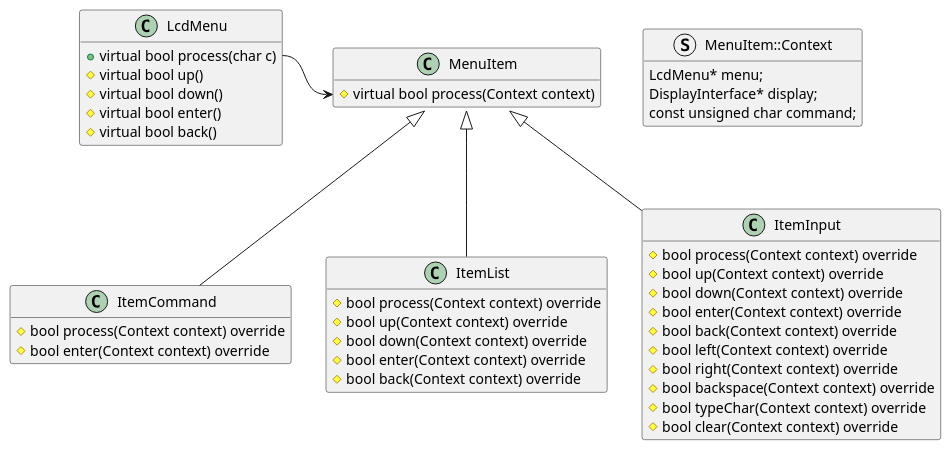
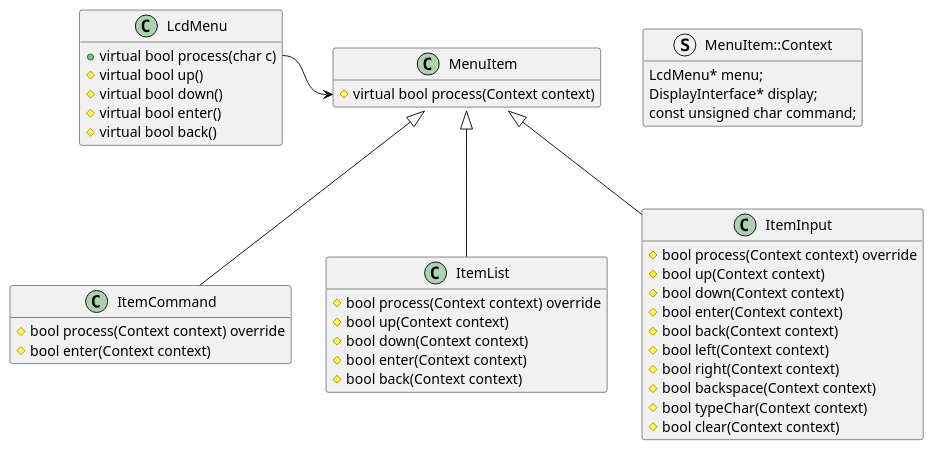
One commit to forntoh/LcdMenu changed the diagram in docs/classes.puml. Above: the diagram before and after it, drawn with PlantUML.

```diff
--- a/docs/classes.puml
+++ b/docs/classes.puml
@@ -1,54 +1,54 @@
 @startuml
 ' https://www.plantuml.com/plantuml/uml/
 
 hide empty members
 
 class LcdMenu {
     +virtual bool process(char c)
     #virtual bool up()
     #virtual bool down()
     #virtual bool enter()
     #virtual bool back()
 }
 
 struct MenuItem::Context {
     LcdMenu* menu;
     DisplayInterface* display;
     const unsigned char command;
 }
 
 class MenuItem {
     #virtual bool process(Context context)
 }
 
 class ItemCommand {
     #bool process(Context context) override
-    #bool enter(Context context) override
+    #bool enter(Context context)
 }
 
 class ItemList {
     #bool process(Context context) override
-    #bool up(Context context) override
-    #bool down(Context context) override
-    #bool enter(Context context) override
-    #bool back(Context context) override
+    #bool up(Context context)
+    #bool down(Context context)
+    #bool enter(Context context)
+    #bool back(Context context)
 }
 
 class ItemInput {
     #bool process(Context context) override
-    #bool up(Context context) override
-    #bool down(Context context) override
-    #bool enter(Context context) override
-    #bool back(Context context) override
-    #bool left(Context context) override
-    #bool right(Context context) override
-    #bool backspace(Context context) override
-    #bool typeChar(Context context) override
-    #bool clear(Context context) override
+    #bool up(Context context)
+    #bool down(Context context)
+    #bool enter(Context context)
+    #bool back(Context context)
+    #bool left(Context context)
+    #bool right(Context context)
+    #bool backspace(Context context)
+    #bool typeChar(Context context)
+    #bool clear(Context context)
 }
 
 LcdMenu::process -r-> MenuItem::process
 ItemCommand -u-|> MenuItem
 ItemList -u-|> MenuItem
 ItemInput -u-|> MenuItem
 @enduml
```
